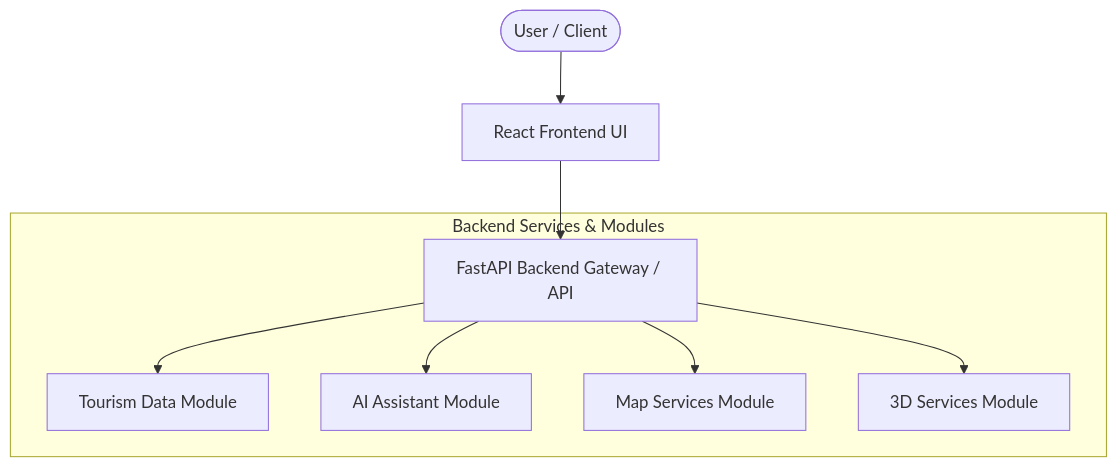
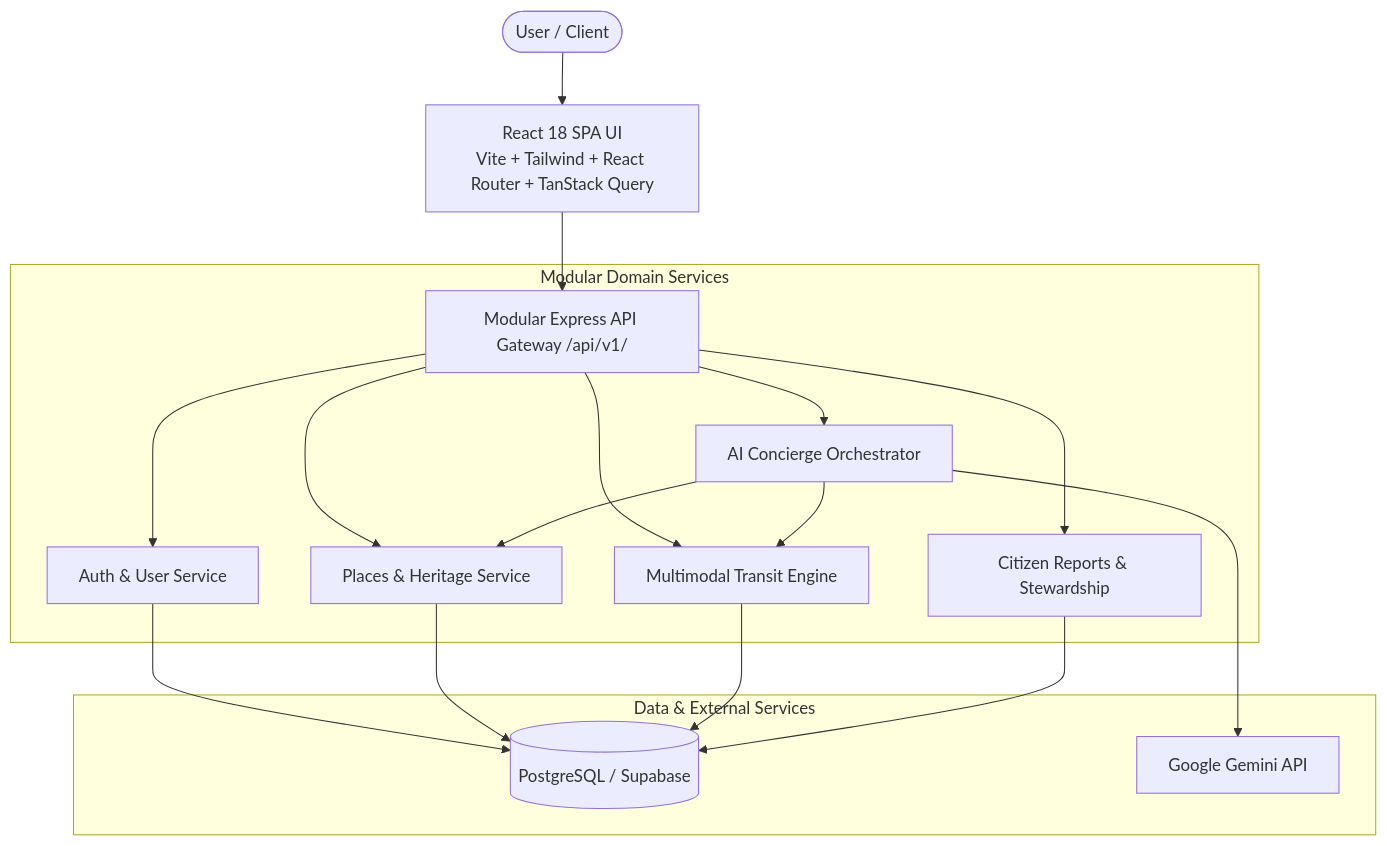
The diagram in docs/architecture.md (AbhibhavTech/Virasat-SIH-2026), drawn with Mermaid before and after one commit. The commit also changed other lines of this file and 25 other files, not shown here.

````diff
--- a/docs/architecture.md
+++ b/docs/architecture.md
@@ -24,12 +13,23 @@
 ```mermaid
 flowchart TD
-    User([User / Client]) --> Frontend[React Frontend UI]
-    Frontend --> Backend[FastAPI Backend Gateway / API]
+    User([User / Client]) --> Frontend[React 18 SPA UI\nVite + Tailwind + React Router + TanStack Query]
+    Frontend --> Backend[Modular Express API Gateway /api/v1/]
     
-    subgraph Backend Services & Modules
-        Backend --> TD[Tourism Data Module]
-        Backend --> AI[AI Assistant Module]
-        Backend --> Map[Map Services Module]
-        Backend --> ThreeD[3D Services Module]
+    subgraph Modular Domain Services
+        Backend --> AuthMod[Auth & User Service]
+        Backend --> PlacesMod[Places & Heritage Service]
+        Backend --> RoutingMod[Multimodal Transit Engine]
+        Backend --> AIMod[AI Concierge Orchestrator]
+        Backend --> ReportsMod[Citizen Reports & Stewardship]
+    end
+
+    subgraph Data & External Services
+        AuthMod --> DB[(PostgreSQL / Supabase)]
+        PlacesMod --> DB
+        RoutingMod --> DB
+        ReportsMod --> DB
+        AIMod --> Gemini[Google Gemini API]
+        AIMod --> PlacesMod
+        AIMod --> RoutingMod
     end
 ```
````
